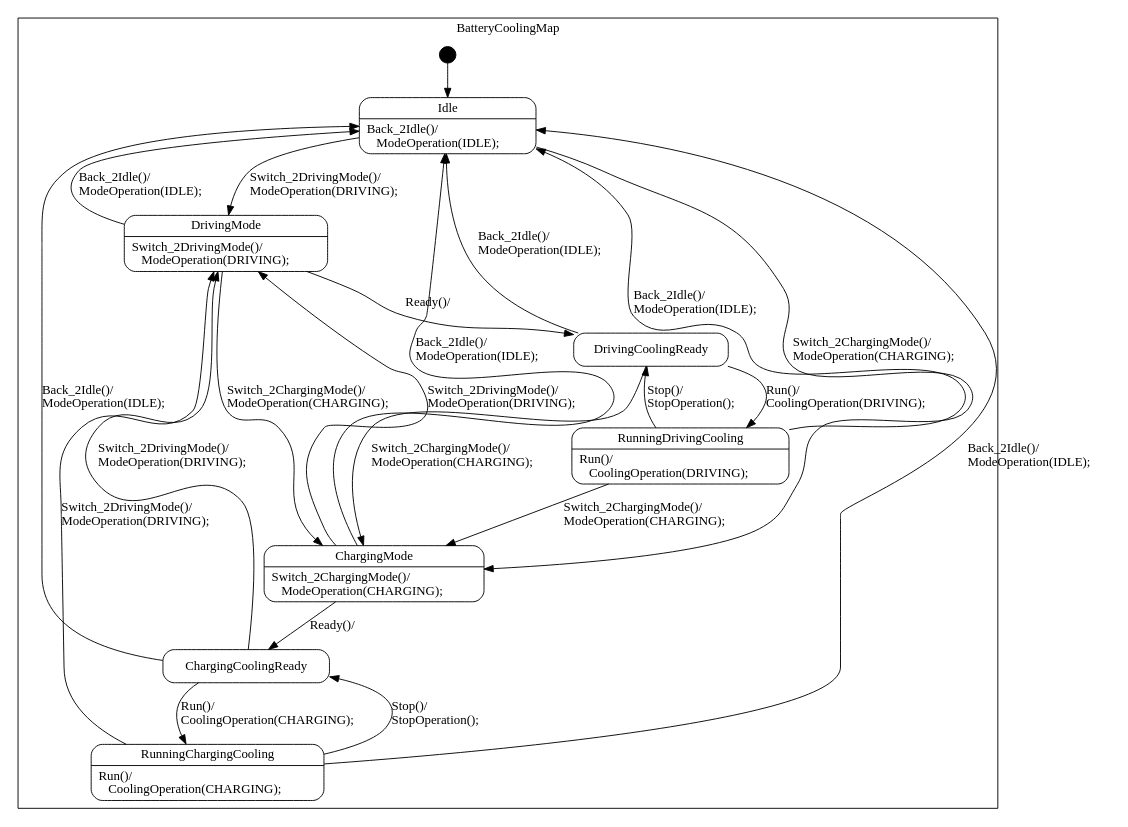
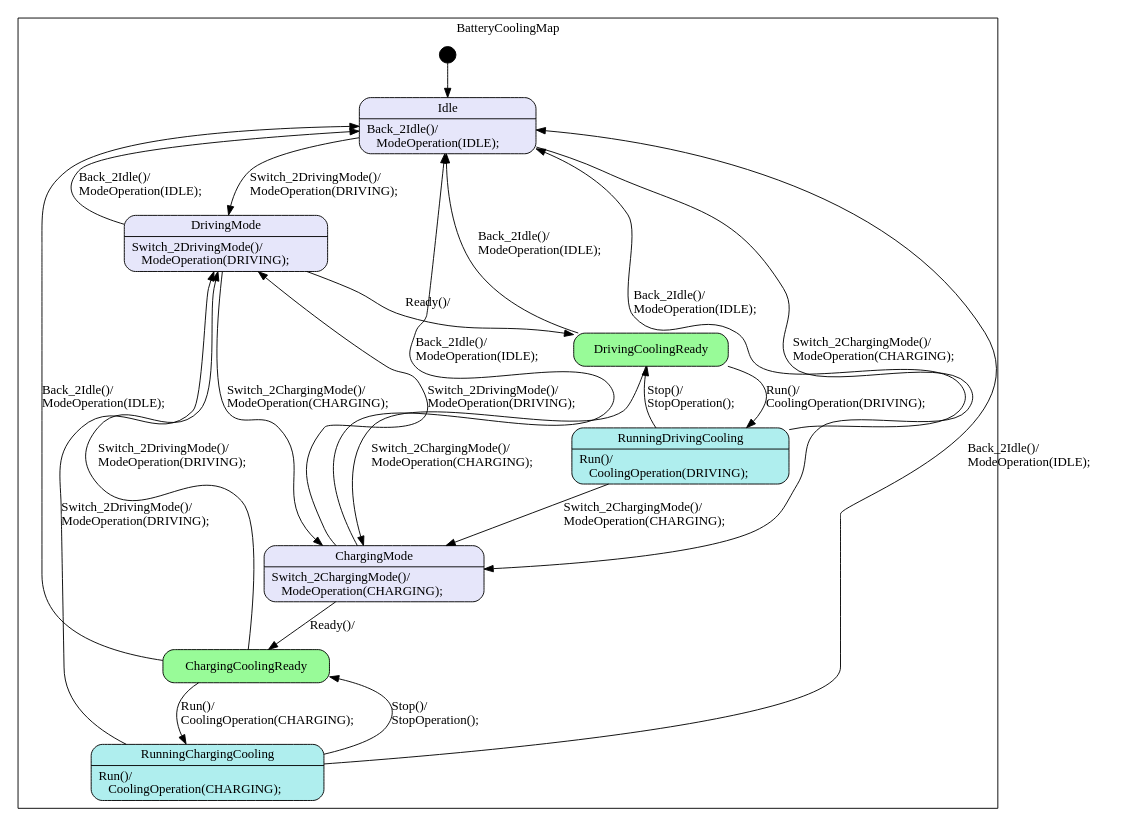
One commit to Hsu1685/SMC-Learning changed the diagram in C-practice/BatteryCooling_ES80/BatteryCooling_ES80_sm.dot. Above: the diagram before and after it, drawn with Graphviz.

```diff
--- a/C-practice/BatteryCooling_ES80/BatteryCooling_ES80_sm.dot
+++ b/C-practice/BatteryCooling_ES80/BatteryCooling_ES80_sm.dot
@@ -1,105 +1,105 @@
 digraph BatteryCooling_ES80 {
 
     node
         [shape=Mrecord width=1.5];
 
     subgraph cluster_BatteryCoolingMap {
 
         label="BatteryCoolingMap";
 
         //
         // States (Nodes)
         //
 
         "BatteryCoolingMap::Idle"
-            [label="{Idle|Back_2Idle()/\l&nbsp;&nbsp;&nbsp;ModeOperation(IDLE);\l}"];
+            [label="{Idle|Back_2Idle()/\l&nbsp;&nbsp;&nbsp;ModeOperation(IDLE);\l}", style=filled , fillcolor=lavender];
 
         "BatteryCoolingMap::DrivingMode"
-            [label="{DrivingMode|Switch_2DrivingMode()/\l&nbsp;&nbsp;&nbsp;ModeOperation(DRIVING);\l}"];
+            [label="{DrivingMode|Switch_2DrivingMode()/\l&nbsp;&nbsp;&nbsp;ModeOperation(DRIVING);\l}", style=filled , fillcolor=lavender];
 
         "BatteryCoolingMap::ChargingMode"
-            [label="{ChargingMode|Switch_2ChargingMode()/\l&nbsp;&nbsp;&nbsp;ModeOperation(CHARGING);\l}"];
+            [label="{ChargingMode|Switch_2ChargingMode()/\l&nbsp;&nbsp;&nbsp;ModeOperation(CHARGING);\l}", style=filled , fillcolor=lavender];
 
         "BatteryCoolingMap::DrivingCoolingReady"
-            [label="{DrivingCoolingReady}"];
+            [label="{DrivingCoolingReady}", style=filled , fillcolor=palegreen];
 
         "BatteryCoolingMap::RunningDrivingCooling"
-            [label="{RunningDrivingCooling|Run()/\l&nbsp;&nbsp;&nbsp;CoolingOperation(DRIVING);\l}"];
+            [label="{RunningDrivingCooling|Run()/\l&nbsp;&nbsp;&nbsp;CoolingOperation(DRIVING);\l}", style=filled , fillcolor=paleturquoise];
 
         "BatteryCoolingMap::ChargingCoolingReady"
-            [label="{ChargingCoolingReady}"];
+            [label="{ChargingCoolingReady}", style=filled , fillcolor=palegreen];
 
         "BatteryCoolingMap::RunningChargingCooling"
-            [label="{RunningChargingCooling|Run()/\l&nbsp;&nbsp;&nbsp;CoolingOperation(CHARGING);\l}"];
+            [label="{RunningChargingCooling|Run()/\l&nbsp;&nbsp;&nbsp;CoolingOperation(CHARGING);\l}", style=filled , fillcolor=paleturquoise];
 
         "%start"
             [label="" shape=circle style=filled fillcolor=black width=0.25];
 
         //
         // Transitions (Edges)
         //
 
         "BatteryCoolingMap::Idle" -> "BatteryCoolingMap::DrivingMode"
             [label="Switch_2DrivingMode()/\lModeOperation(DRIVING);\l"];
 
         "BatteryCoolingMap::Idle" -> "BatteryCoolingMap::ChargingMode"
             [label="Switch_2ChargingMode()/\lModeOperation(CHARGING);\l"];
 
         "BatteryCoolingMap::DrivingMode" -> "BatteryCoolingMap::Idle"
             [label="Back_2Idle()/\lModeOperation(IDLE);\l"];
 
         "BatteryCoolingMap::DrivingMode" -> "BatteryCoolingMap::ChargingMode"
             [label="Switch_2ChargingMode()/\lModeOperation(CHARGING);\l"];
 
         "BatteryCoolingMap::DrivingMode" -> "BatteryCoolingMap::DrivingCoolingReady"
             [label="Ready()/\l"];
 
         "BatteryCoolingMap::ChargingMode" -> "BatteryCoolingMap::Idle"
             [label="Back_2Idle()/\lModeOperation(IDLE);\l"];
 
         "BatteryCoolingMap::ChargingMode" -> "BatteryCoolingMap::DrivingMode"
             [label="Switch_2DrivingMode()/\lModeOperation(DRIVING);\l"];
 
         "BatteryCoolingMap::ChargingMode" -> "BatteryCoolingMap::ChargingCoolingReady"
             [label="Ready()/\l"];
 
         "BatteryCoolingMap::DrivingCoolingReady" -> "BatteryCoolingMap::RunningDrivingCooling"
             [label="Run()/\lCoolingOperation(DRIVING);\l"];
 
         "BatteryCoolingMap::DrivingCoolingReady" -> "BatteryCoolingMap::Idle"
             [label="Back_2Idle()/\lModeOperation(IDLE);\l"];
 
         "BatteryCoolingMap::DrivingCoolingReady" -> "BatteryCoolingMap::ChargingMode"
             [label="Switch_2ChargingMode()/\lModeOperation(CHARGING);\l"];
 
         "BatteryCoolingMap::RunningDrivingCooling" -> "BatteryCoolingMap::DrivingCoolingReady"
             [label="Stop()/\lStopOperation();\l"];
 
         "BatteryCoolingMap::RunningDrivingCooling" -> "BatteryCoolingMap::Idle"
             [label="Back_2Idle()/\lModeOperation(IDLE);\l"];
 
         "BatteryCoolingMap::RunningDrivingCooling" -> "BatteryCoolingMap::ChargingMode"
             [label="Switch_2ChargingMode()/\lModeOperation(CHARGING);\l"];
 
         "BatteryCoolingMap::ChargingCoolingReady" -> "BatteryCoolingMap::RunningChargingCooling"
             [label="Run()/\lCoolingOperation(CHARGING);\l"];
 
         "BatteryCoolingMap::ChargingCoolingReady" -> "BatteryCoolingMap::Idle"
             [label="Back_2Idle()/\lModeOperation(IDLE);\l"];
 
         "BatteryCoolingMap::ChargingCoolingReady" -> "BatteryCoolingMap::DrivingMode"
             [label="Switch_2DrivingMode()/\lModeOperation(DRIVING);\l"];
 
         "BatteryCoolingMap::RunningChargingCooling" -> "BatteryCoolingMap::ChargingCoolingReady"
             [label="Stop()/\lStopOperation();\l"];
 
         "BatteryCoolingMap::RunningChargingCooling" -> "BatteryCoolingMap::Idle"
             [label="Back_2Idle()/\lModeOperation(IDLE);\l"];
 
         "BatteryCoolingMap::RunningChargingCooling" -> "BatteryCoolingMap::DrivingMode"
             [label="Switch_2DrivingMode()/\lModeOperation(DRIVING);\l"];
 
         "%start" -> "BatteryCoolingMap::Idle"
     }
 
 }
```
